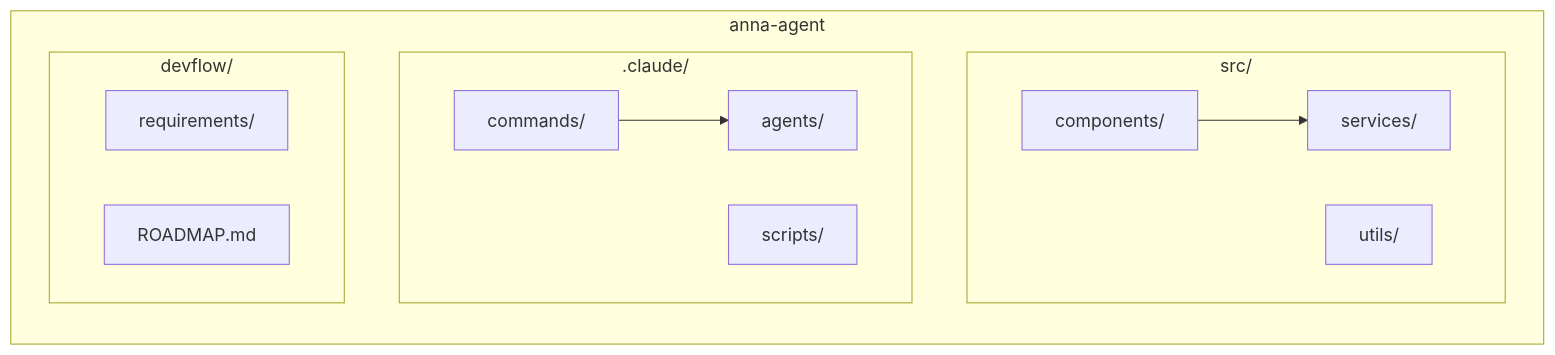
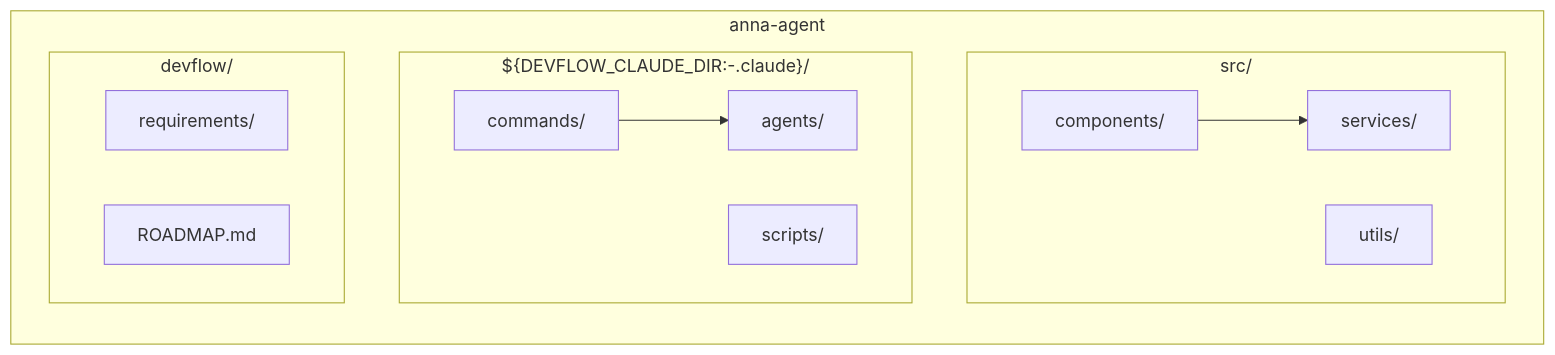
Before and after one commit to Dimon94/cc-devflow: the third of 4 diagrams in .claude/agents/architecture-designer.md, drawn with Mermaid. The commit also changed other lines of this file and 44 other files, not shown here.

````diff
--- a/.claude/agents/architecture-designer.md
+++ b/.claude/agents/architecture-designer.md
@@ -183,24 +183,24 @@
   ```mermaid
   graph LR
       subgraph "anna-agent"
           subgraph "src/"
               Comp[components/]
               Serv[services/]
               Utils[utils/]
           end
 
-          subgraph ".claude/"
+          subgraph "${DEVFLOW_CLAUDE_DIR:-.claude}/"
               Agents[agents/]
               Cmds[commands/]
               Scripts[scripts/]
           end
 
           subgraph "devflow/"
               Reqs[requirements/]
               Roadmap[ROADMAP.md]
           end
       end
 
       Cmds --> Agents
       Comp --> Serv
   ```
````
